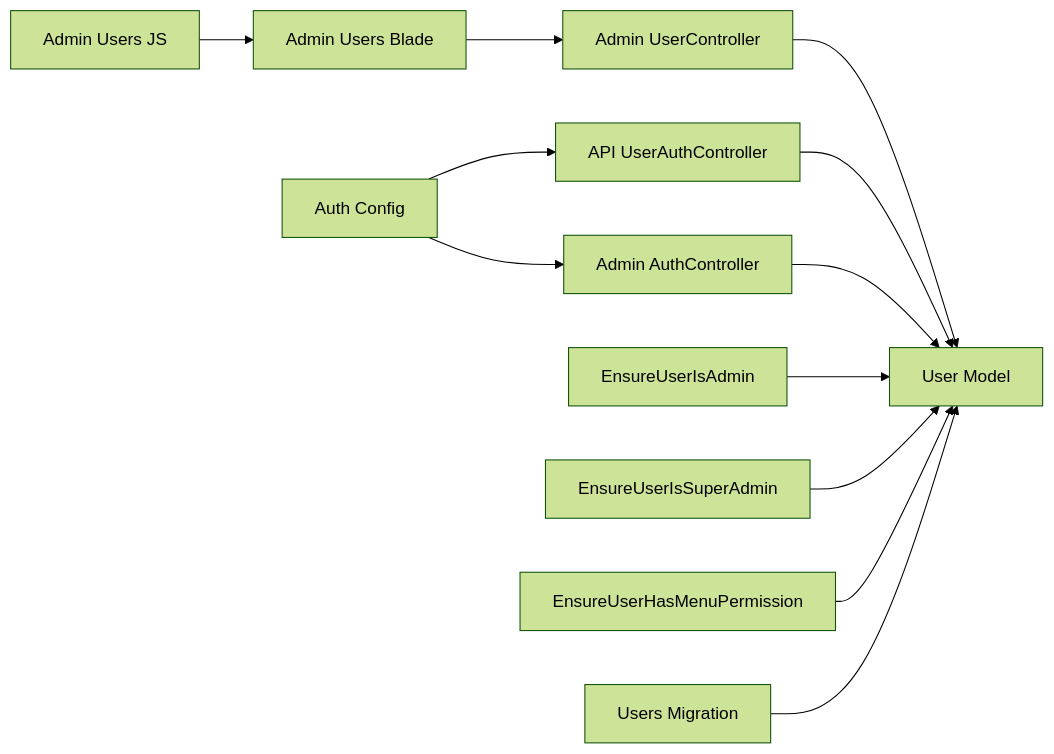
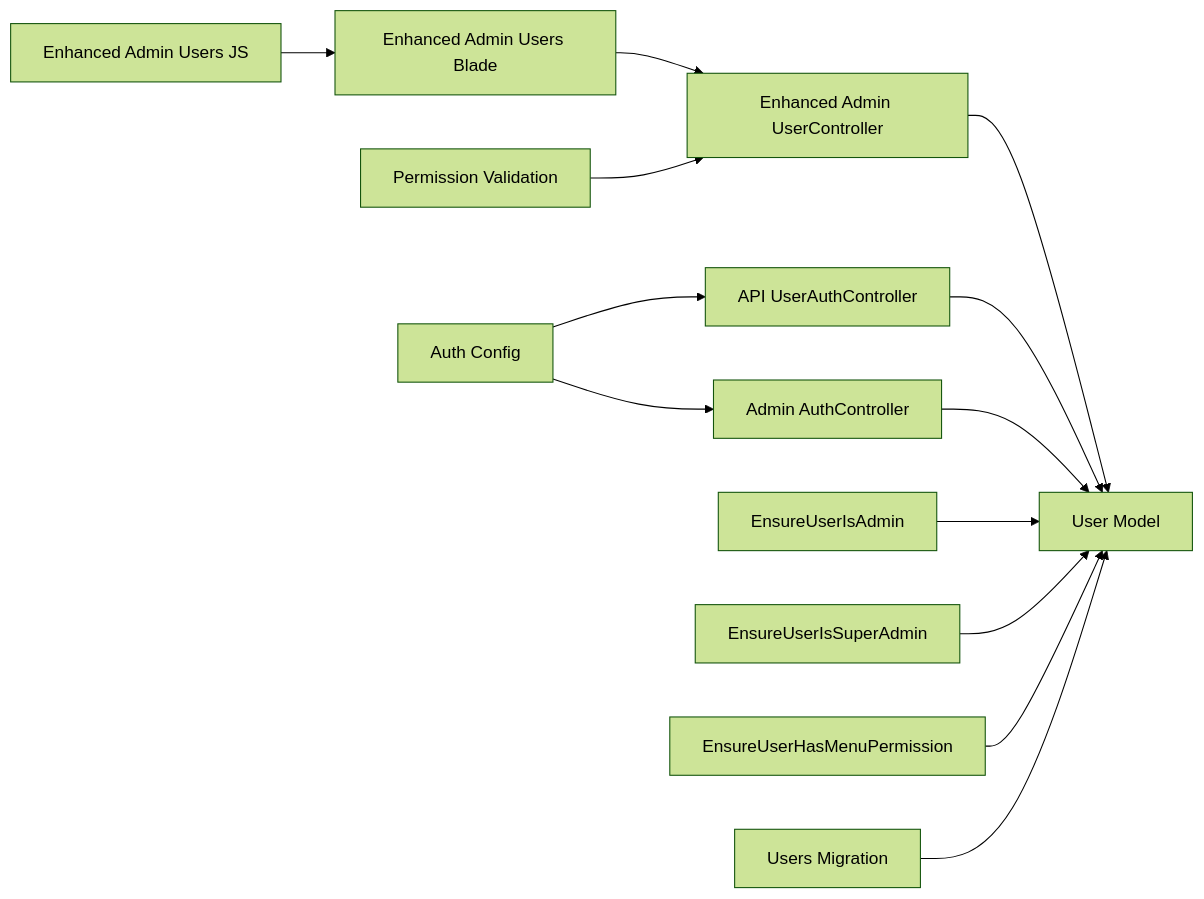
Before and after one commit to mahbub095/bus-app: the ninth of 9 diagrams in .qoder/repowiki/en/content/Administrative Dashboard/User Management & Permissions.md, drawn with Mermaid (forest theme). The commit also changed other lines of this file and 119 other files, not shown here.

````diff
--- a/.qoder/repowiki/en/content/Administrative Dashboard/User Management & Permissions.md
+++ b/.qoder/repowiki/en/content/Administrative Dashboard/User Management & Permissions.md
@@ -351,14 +376,15 @@
 ```mermaid
 graph LR
-A["Admin UserController"] --> B["User Model"]
+A["Enhanced Admin UserController"] --> B["User Model"]
 C["API UserAuthController"] --> B
 D["Admin AuthController"] --> B
 E["EnsureUserIsAdmin"] --> B
 F["EnsureUserIsSuperAdmin"] --> B
 G["EnsureUserHasMenuPermission"] --> B
 H["Users Migration"] --> B
 I["Auth Config"] --> D
 I --> C
-J["Admin Users Blade"] --> A
-K["Admin Users JS"] --> J
+J["Enhanced Admin Users Blade"] --> A
+K["Enhanced Admin Users JS"] --> J
+L["Permission Validation"] --> A
 ```
````
